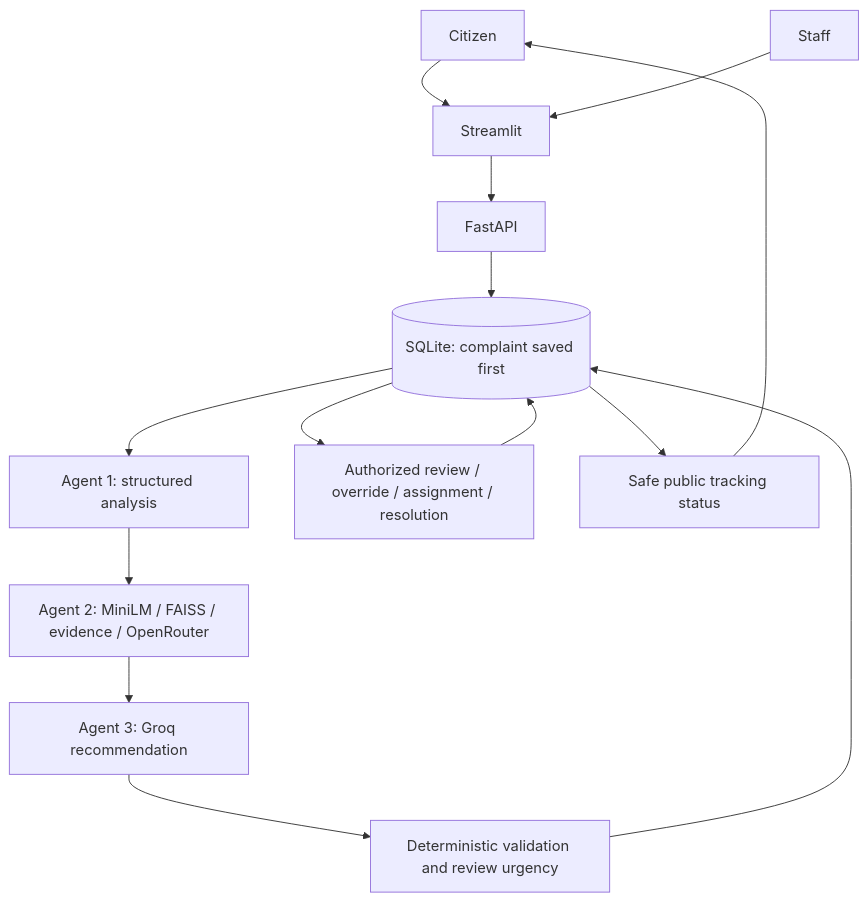
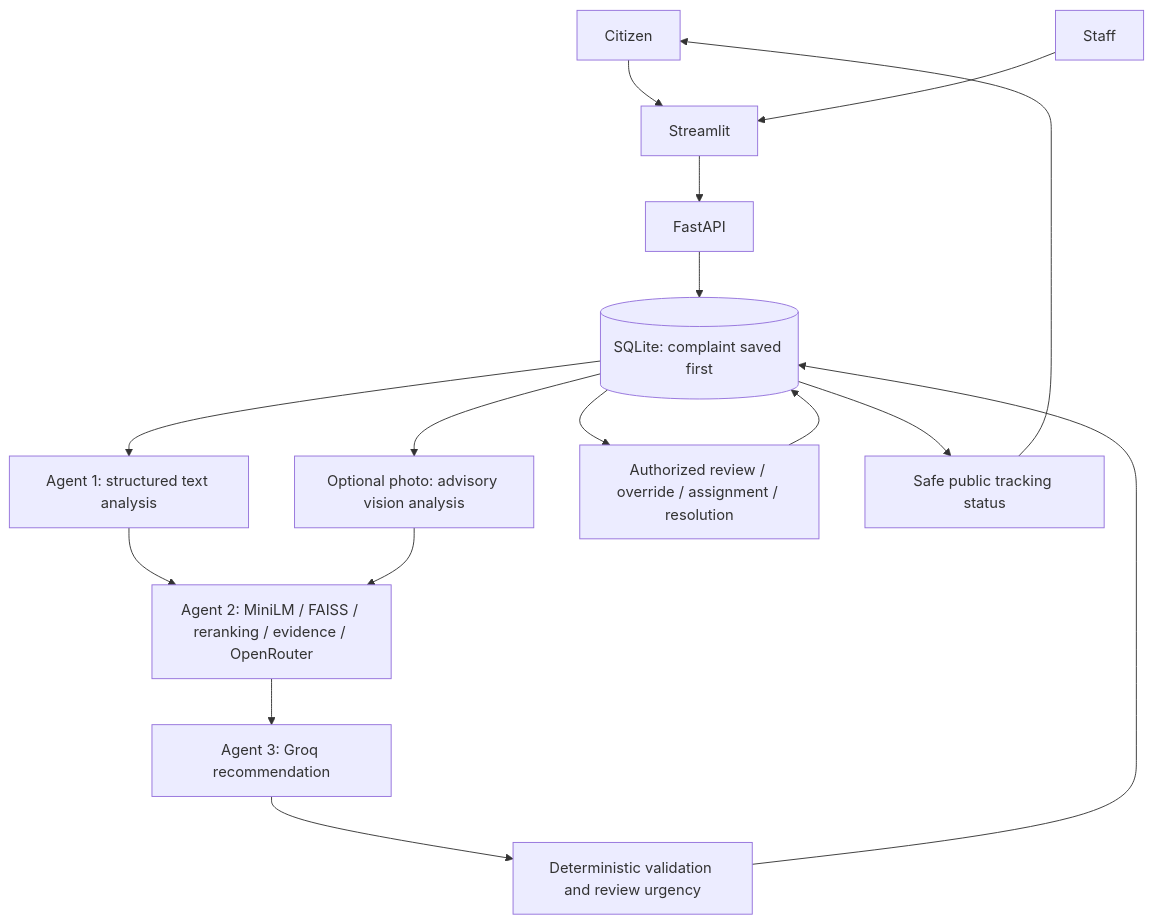
Before and after one commit to Anushangar-U/SmartWaste-AI: the diagram in README.md, drawn with Mermaid. The commit also changed other lines of this file, not shown here.

Commit message:
docs: describe photo vision and smarter retrieval workflow

````diff
--- a/README.md
+++ b/README.md
@@ -14,16 +16,18 @@
 ```mermaid
 flowchart TD
     Citizen --> Streamlit
     Streamlit --> API[FastAPI]
     API --> DB[(SQLite: complaint saved first)]
-    DB --> A1[Agent 1: structured analysis]
-    A1 --> A2[Agent 2: MiniLM / FAISS / evidence / OpenRouter]
+    DB --> A1[Agent 1: structured text analysis]
+    DB --> VSN[Optional photo: advisory vision analysis]
+    A1 --> A2[Agent 2: MiniLM / FAISS / reranking / evidence / OpenRouter]
+    VSN --> A2
     A2 --> A3[Agent 3: Groq recommendation]
     A3 --> V[Deterministic validation and review urgency]
     V --> DB
     Staff --> Streamlit
     DB --> Review[Authorized review / override / assignment / resolution]
     Review --> DB
     DB --> Track[Safe public tracking status]
     Track --> Citizen
 ```
````
